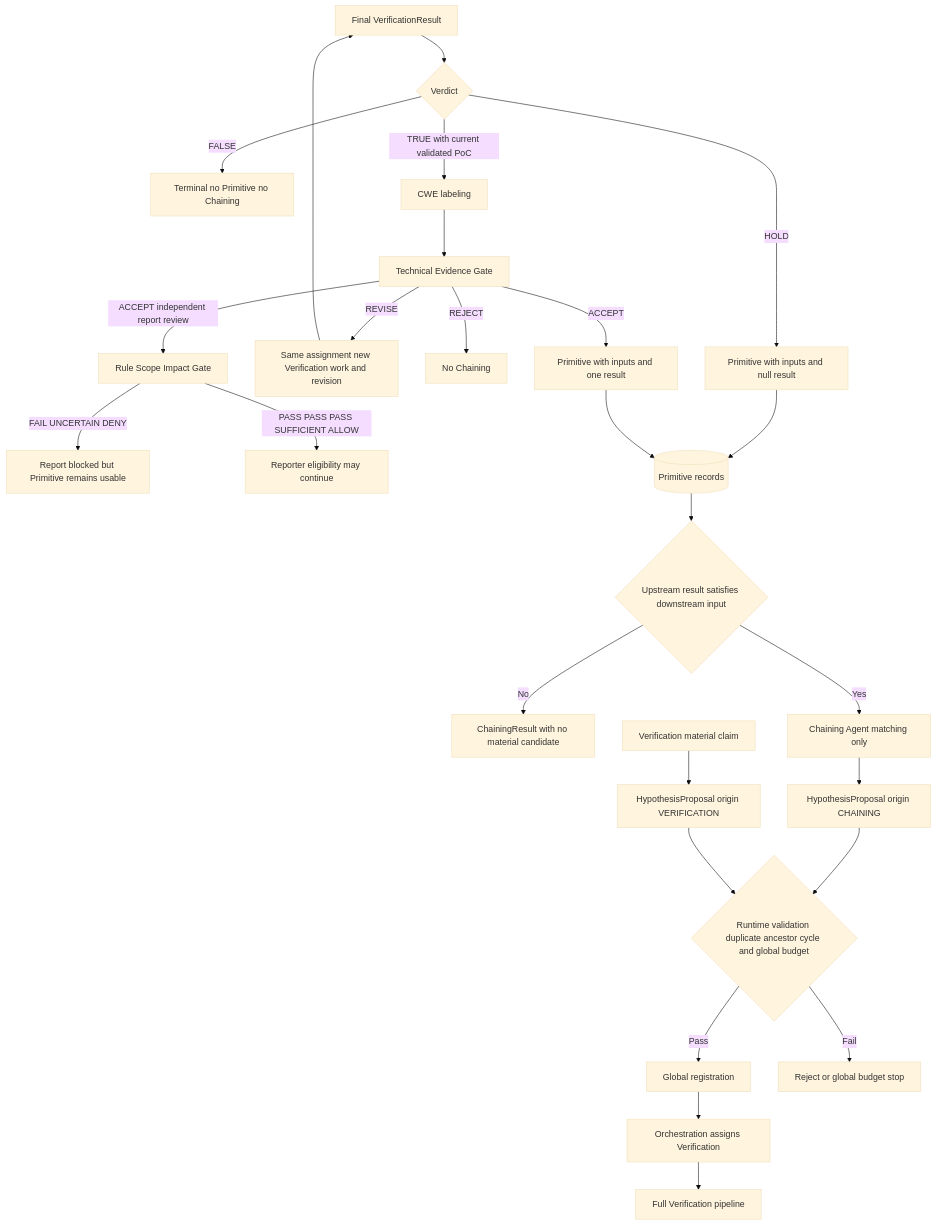
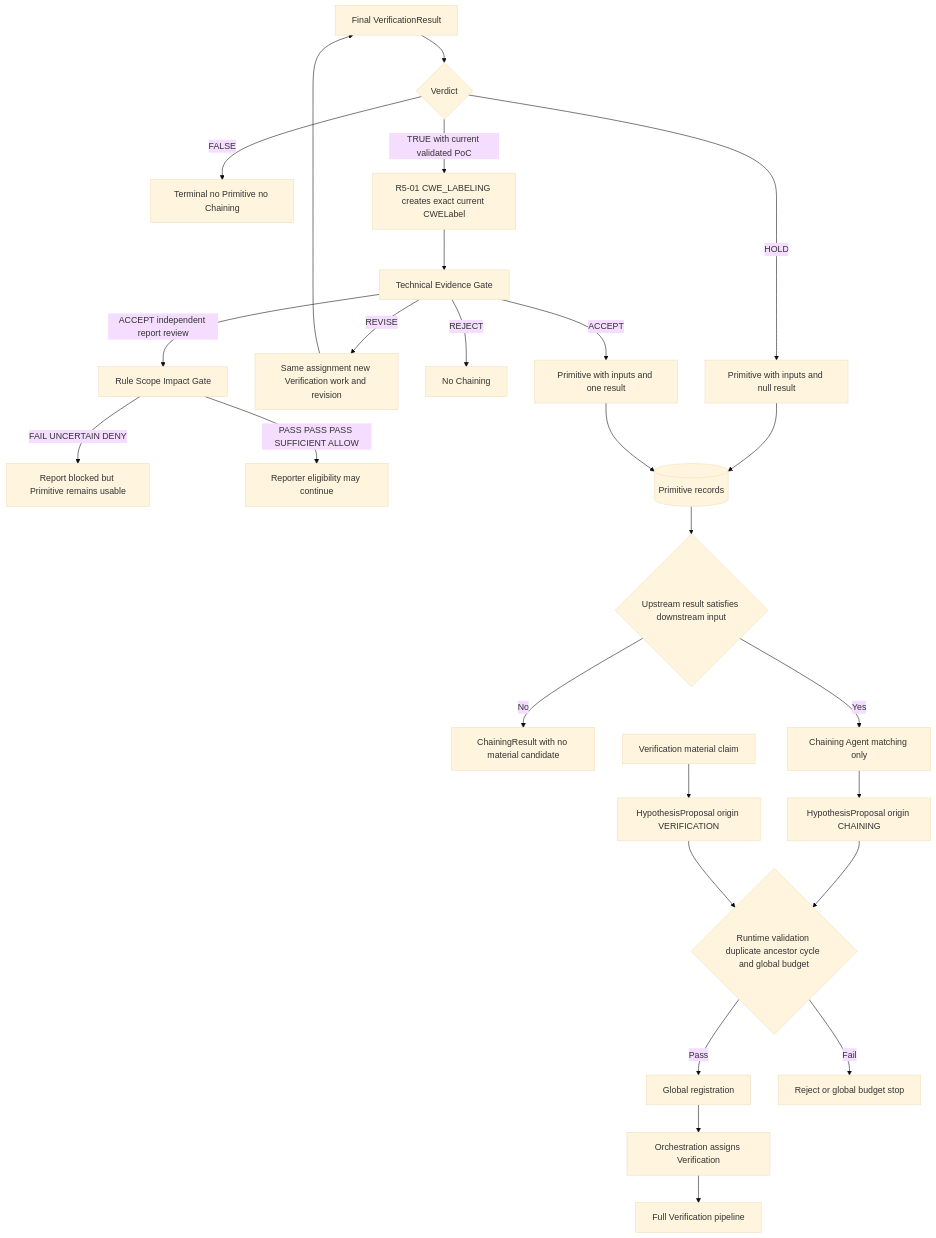
Before and after one commit to SASTsimi/sastsimi: the fifth of 13 diagrams in docs/architecture-v5/13-architecture-diagrams.md, drawn with Mermaid (base theme). The commit also changed other lines of this file and 31 other files, not shown here.

````diff
--- a/docs/architecture-v5/13-architecture-diagrams.md
+++ b/docs/architecture-v5/13-architecture-diagrams.md
@@ -211,28 +211,28 @@
 ```mermaid
 flowchart TB
     VR[Final VerificationResult] --> KIND{Verdict}
     KIND -->|FALSE| CLOSED[Terminal no Primitive no Chaining]
     KIND -->|HOLD| REQUIRED[Primitive with inputs and null result]
-    KIND -->|TRUE with current validated PoC| CWE[CWE labeling]
+    KIND -->|TRUE with current validated PoC| CWE[R5-01 CWE_LABELING creates exact current CWELabel]
     CWE --> TECH[Technical Evidence Gate]
     TECH -->|REVISE| SAME[Same assignment new Verification work and revision]
     SAME --> VR
     TECH -->|REJECT| NOCHAIN[No Chaining]
     TECH -->|ACCEPT| PROVIDED[Primitive with inputs and one result]
     TECH -->|ACCEPT independent report review| RULE[Rule Scope Impact Gate]
     RULE -->|FAIL UNCERTAIN DENY| REPORTBLOCK[Report blocked but Primitive remains usable]
     RULE -->|PASS PASS PASS SUFFICIENT ALLOW| REPORTOK[Reporter eligibility may continue]
     REQUIRED --> PDB[(Primitive records)]
     PROVIDED --> PDB
     PDB --> MATCH{Upstream result satisfies downstream input}
     MATCH -->|No| RECORD[ChainingResult with no material candidate]
     MATCH -->|Yes| CHAIN[Chaining Agent matching only]
     CHAIN --> NEW[HypothesisProposal origin CHAINING]
     NEW --> LIMIT{Runtime validation duplicate ancestor cycle and global budget}
     LIMIT -->|Pass| REGISTER[Global registration]
     LIMIT -->|Fail| STOP[Reject or global budget stop]
     REGISTER --> ORCH[Orchestration assigns Verification]
     ORCH --> VERIFY[Full Verification pipeline]
     VMAT[Verification material claim] --> VNEW[HypothesisProposal origin VERIFICATION]
     VNEW --> LIMIT
 ```
````
